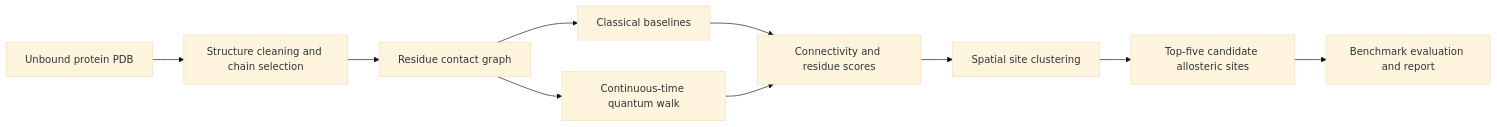
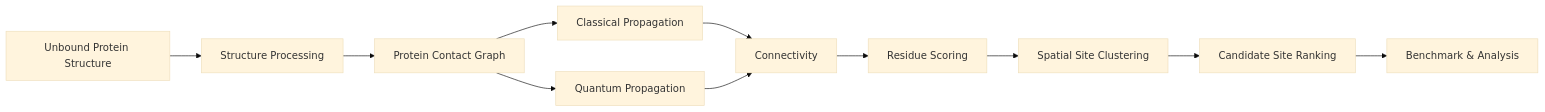
The diagram in README.md (quantstellar-community/propulse), drawn with Mermaid (base theme) before and after one commit. The commit also changed other lines of this file and 44 other files, not shown here.

Commit message:
docs: add deployment architecture diagram

````diff
--- a/README.md
+++ b/README.md
@@ -100,12 +141,13 @@
-```mermaid
+``` mermaid
 flowchart LR
-    A[Unbound protein PDB] --> B[Structure cleaning and chain selection]
-    B --> C[Residue contact graph]
-    C --> D[Classical baselines]
-    C --> E[Continuous-time quantum walk]
-    D --> F[Connectivity and residue scores]
+    A[Unbound Protein Structure] --> B[Structure Processing]
+    B --> C[Protein Contact Graph]
+    C --> D[Classical Propagation]
+    C --> E[Quantum Propagation]
+    D --> F[Connectivity]
     E --> F
-    F --> G[Spatial site clustering]
-    G --> H[Top-five candidate allosteric sites]
-    H --> I[Benchmark evaluation and report]
+    F --> G[Residue Scoring]
+    G --> H[Spatial Site Clustering]
+    H --> I[Candidate Site Ranking]
+    I --> J[Benchmark & Analysis]
 ```
````
